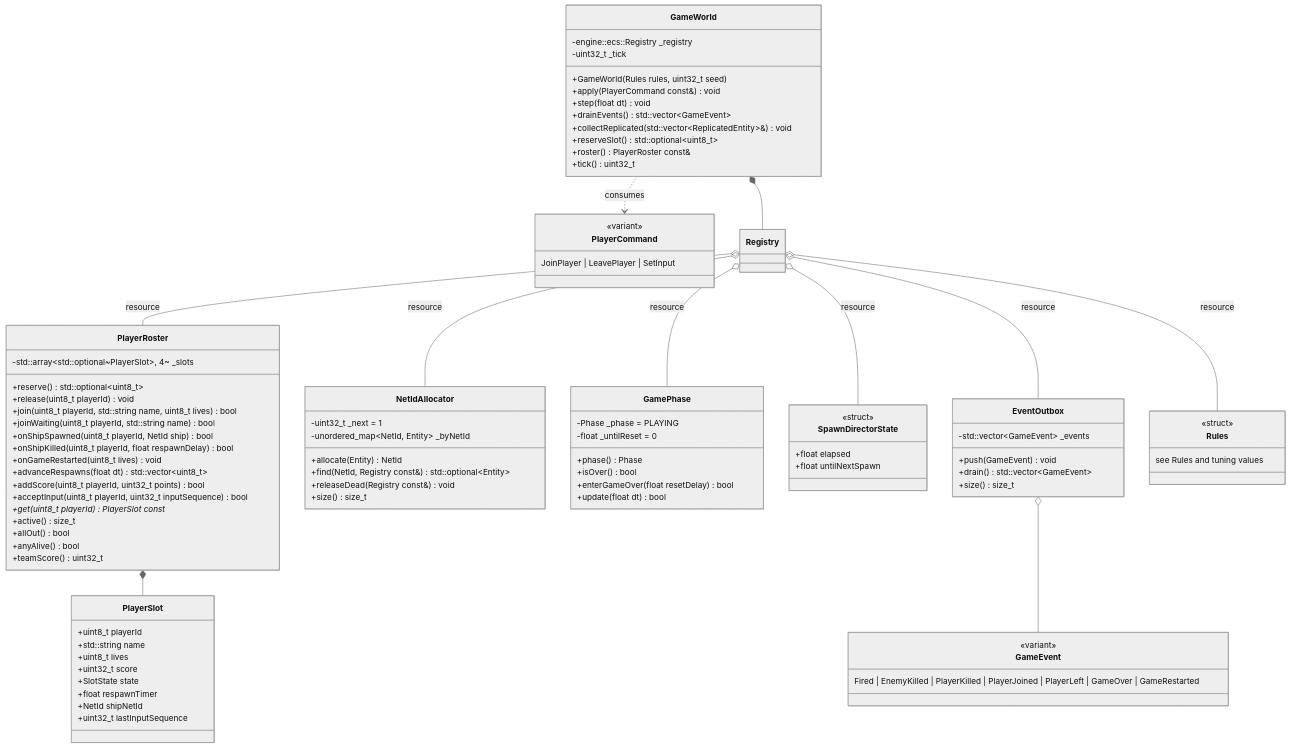
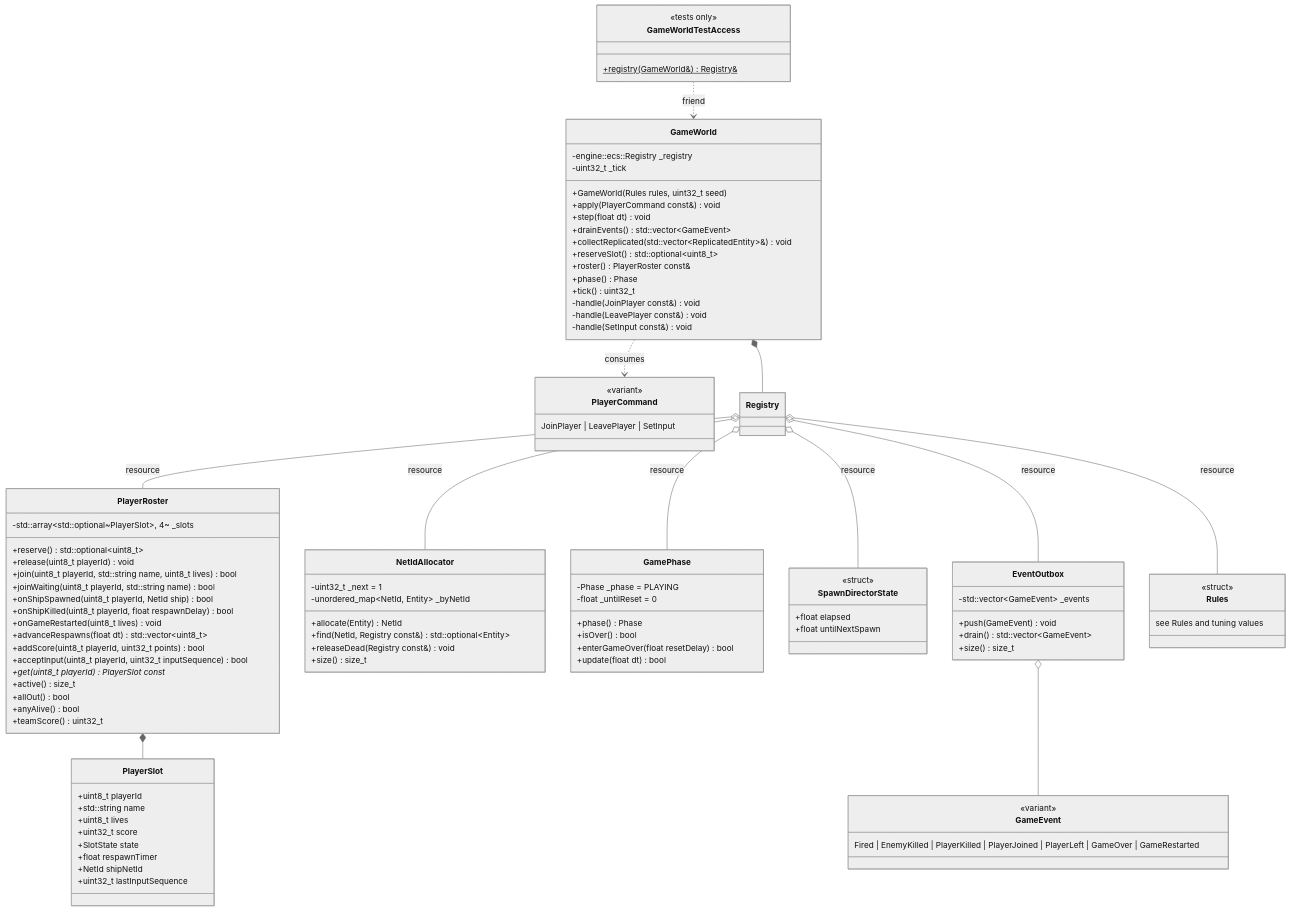
The first of 2 diagrams in docs/modules/game.md (janumaruku/r-type), drawn with Mermaid (neutral theme) before and after one commit. The commit also changed other lines of this file and 4 other files, not shown here.

First line of the commit message:
docs(game): RTP-100 #comment Document GameWorld and Registry::systemNames

```diff
--- a/docs/modules/game.md
+++ b/docs/modules/game.md
@@ -65,7 +65,15 @@
         +collectReplicated(std::vector~ReplicatedEntity~&) void
         +reserveSlot() std::optional~uint8_t~
         +roster() PlayerRoster const&
+        +phase() Phase
         +tick() uint32_t
+        -handle(JoinPlayer const&) void
+        -handle(LeavePlayer const&) void
+        -handle(SetInput const&) void
+    }
+    class GameWorldTestAccess {
+        <<tests only>>
+        +registry(GameWorld&)$ Registry&
     }
     class PlayerRoster {
         -std::array~std::optional~PlayerSlot~, 4~ _slots
@@ -135,6 +143,7 @@
         see Rules and tuning values
     }
     GameWorld *-- Registry
+    GameWorldTestAccess ..> GameWorld : friend
     Registry o-- PlayerRoster : resource
     Registry o-- NetIdAllocator : resource
     Registry o-- EventOutbox : resource
```
